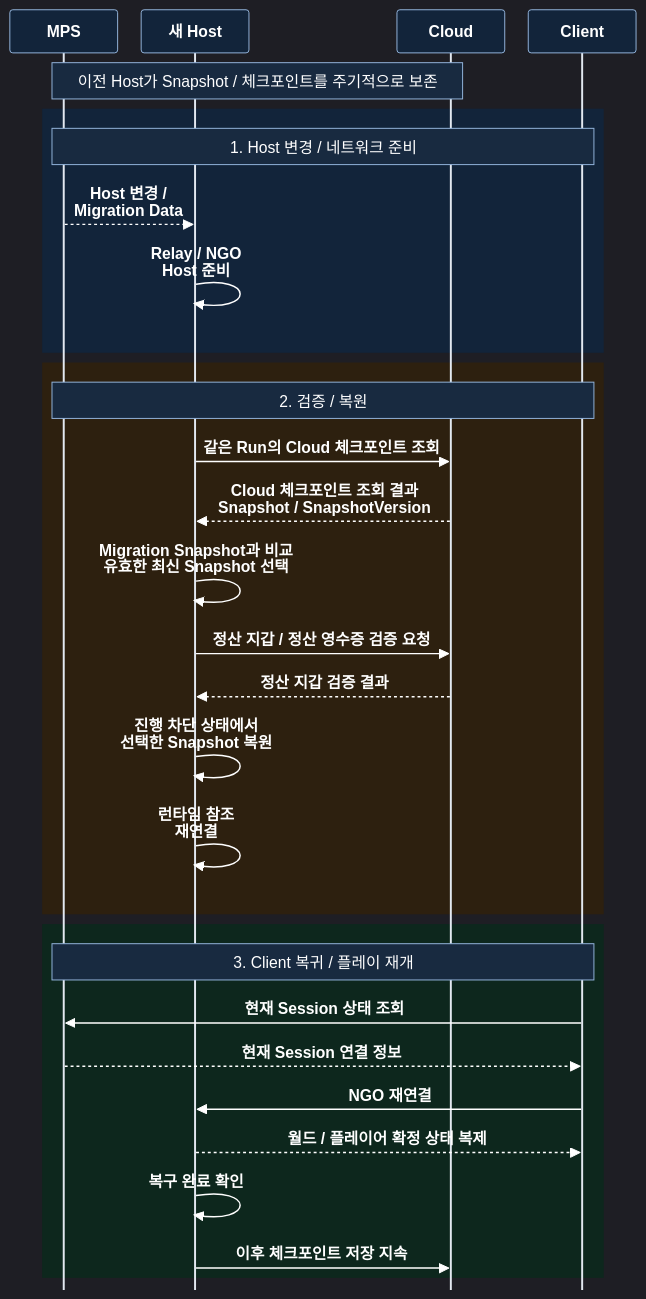
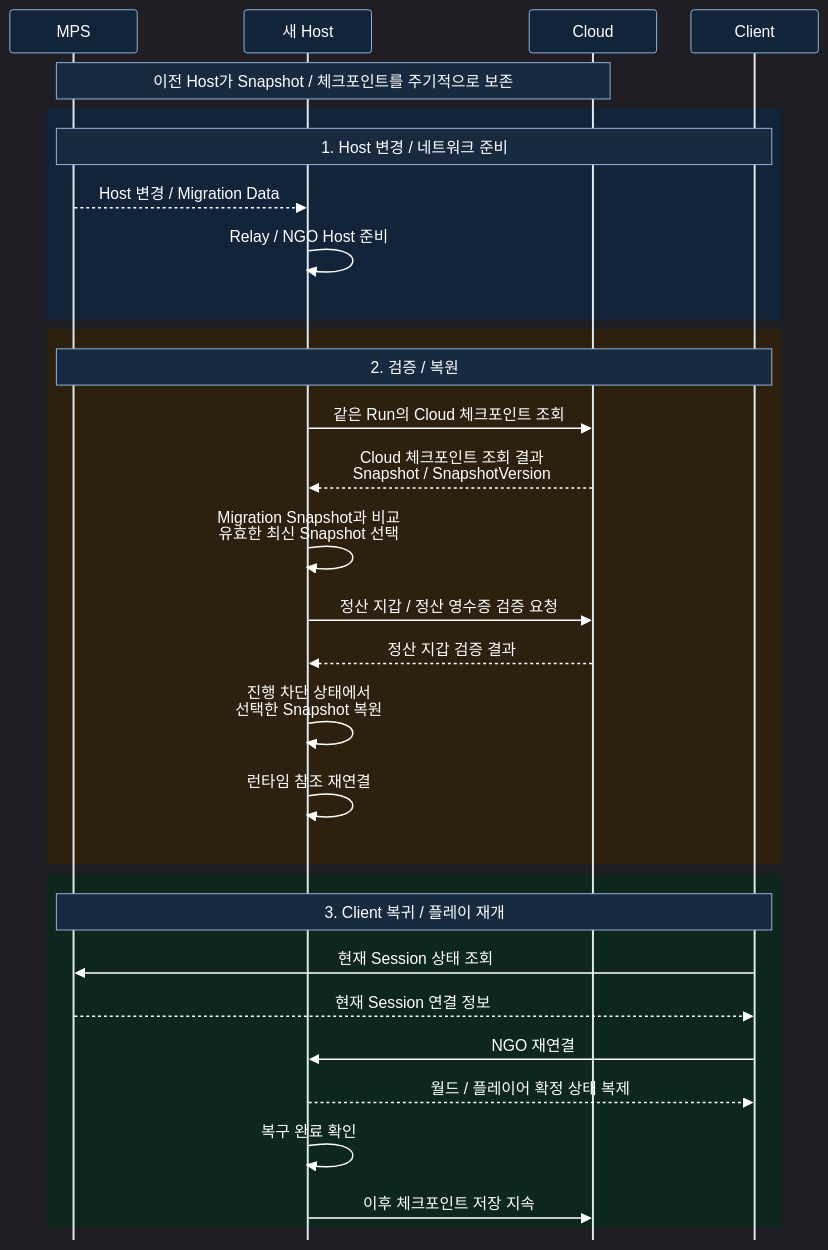
Before and after one commit to theholmes2/EchoZone: the ninth of 9 diagrams in README.md, drawn with Mermaid. The commit also changed other lines of this file, not shown here.

Commit message:
문서: README Mermaid 글꼴과 흐름 배치 가독성 개선

````diff
--- a/README.md
+++ b/README.md
@@ -302,33 +336,33 @@
 ```mermaid
-%%{init: {"theme":"dark","themeVariables":{"fontSize":"20px","fontFamily":"sans-serif","primaryColor":"#1E3553","primaryTextColor":"#F8FAFC","primaryBorderColor":"#93B4DB","lineColor":"#DCE6F5","secondaryColor":"#183C30","tertiaryColor":"#49371D","clusterBkg":"#1E3553","clusterBorder":"#93B4DB","actorBkg":"#12243A","actorBorder":"#93B4DB","actorTextColor":"#FFFFFF","signalColor":"#FFFFFF","signalTextColor":"#FFFFFF","labelBoxBkgColor":"#49371D","labelBoxBorderColor":"#D9B66F","labelTextColor":"#FFFFFF","loopTextColor":"#FFFFFF","noteBkgColor":"#182A40","noteTextColor":"#FFFFFF","noteBorderColor":"#93B4DB","textColor":"#FFFFFF","titleColor":"#FFFFFF","secondaryTextColor":"#F8FAFC","tertiaryTextColor":"#F8FAFC","edgeLabelBackground":"#111827","nodeTextColor":"#F8FAFC","actorLineColor":"#E2E8F0","activationBorderColor":"#CBD5E1","activationBkgColor":"#25354B","darkMode":true,"background":"#111827"},"flowchart":{"nodeSpacing":22,"rankSpacing":28,"padding":12},"sequence":{"actorMargin":24,"width":110,"height":44,"diagramMarginX":8,"diagramMarginY":12,"messageMargin":32,"mirrorActors":false,"wrap":true,"actorFontSize":20,"messageFontSize":20,"noteFontSize":19,"actorFontWeight":700,"messageFontWeight":600,"noteFontWeight":700},"darkMode":true,"themeCSS":"text, tspan { fill: #FFFFFF !important; font-weight: 600 !important; } .messageText, .noteText, .labelText, .loopText { fill: #FFFFFF !important; color: #FFFFFF !important; font-weight: 600 !important; } .messageLine0, .messageLine1 { stroke: #FFFFFF !important; stroke-width: 2.5px !important; } .actor-line { stroke: #CBD5E1 !important; stroke-width: 1.5px !important; } marker path { fill: #FFFFFF !important; stroke: #FFFFFF !important; } .note, .labelBox { stroke: #AFC7E8 !important; stroke-width: 1.5px !important; }"}}%%
+%%{init: {"theme":"dark","themeVariables":{"fontSize":"18px","fontFamily":"Arial, Malgun Gothic, sans-serif","primaryColor":"#1E3553","primaryTextColor":"#F8FAFC","primaryBorderColor":"#93B4DB","lineColor":"#DCE6F5","secondaryColor":"#183C30","tertiaryColor":"#49371D","clusterBkg":"#1E3553","clusterBorder":"#93B4DB","actorBkg":"#12243A","actorBorder":"#93B4DB","actorTextColor":"#FFFFFF","signalColor":"#FFFFFF","signalTextColor":"#FFFFFF","labelBoxBkgColor":"#49371D","labelBoxBorderColor":"#D9B66F","labelTextColor":"#FFFFFF","loopTextColor":"#FFFFFF","noteBkgColor":"#182A40","noteTextColor":"#FFFFFF","noteBorderColor":"#93B4DB","textColor":"#FFFFFF","titleColor":"#FFFFFF","secondaryTextColor":"#F8FAFC","tertiaryTextColor":"#F8FAFC","edgeLabelBackground":"#111827","nodeTextColor":"#F8FAFC","actorLineColor":"#E2E8F0","activationBorderColor":"#CBD5E1","activationBkgColor":"#25354B","darkMode":true,"background":"#111827"},"flowchart":{"nodeSpacing":22,"rankSpacing":28,"padding":18,"htmlLabels":false,"wrappingWidth":360,"subGraphTitleMargin":{"top":8,"bottom":18}},"sequence":{"actorMargin":35,"width":130,"height":44,"diagramMarginX":8,"diagramMarginY":12,"messageMargin":30,"mirrorActors":false,"wrap":false,"actorFontSize":18,"messageFontSize":18,"noteFontSize":18,"actorFontWeight":400,"messageFontWeight":400,"noteFontWeight":400},"darkMode":true,"themeCSS":"text, tspan { fill: #FFFFFF !important; } .messageText, .noteText, .labelText, .loopText { fill: #FFFFFF !important; color: #FFFFFF !important; } .messageLine0, .messageLine1 { stroke: #FFFFFF !important; stroke-width: 2.5px !important; } .actor-line { stroke: #CBD5E1 !important; stroke-width: 1.5px !important; } marker path { fill: #FFFFFF !important; stroke: #FFFFFF !important; } .note, .labelBox { stroke: #AFC7E8 !important; stroke-width: 1.5px !important; }","fontFamily":"Arial, Malgun Gothic, sans-serif"}}%%
 sequenceDiagram
     participant S as MPS
     participant H as 새 Host
     participant D as Cloud
     participant C as Client
     Note over S,D: 이전 Host가 Snapshot / 체크포인트를 주기적으로 보존
     rect rgb(18, 36, 58)
         Note over S,C: 1. Host 변경 / 네트워크 준비
         S-->>H: Host 변경 / Migration Data
         H->>H: Relay / NGO Host 준비
     end
     rect rgb(45, 32, 15)
         Note over S,C: 2. 검증 / 복원
         H->>D: 같은 Run의 Cloud 체크포인트 조회
         D-->>H: Cloud 체크포인트 조회 결과<br/>Snapshot / SnapshotVersion
         H->>H: Migration Snapshot과 비교<br/>유효한 최신 Snapshot 선택
         H->>D: 정산 지갑 / 정산 영수증 검증 요청
         D-->>H: 정산 지갑 검증 결과
         H->>H: 진행 차단 상태에서<br/>선택한 Snapshot 복원
         H->>H: 런타임 참조 재연결
     end
     rect rgb(13, 39, 29)
         Note over S,C: 3. Client 복귀 / 플레이 재개
         C->>S: 현재 Session 상태 조회
         S-->>C: 현재 Session 연결 정보
         C->>H: NGO 재연결
         H-->>C: 월드 / 플레이어 확정 상태 복제
         H->>H: 복구 완료 확인
         H->>D: 이후 체크포인트 저장 지속
     end
 ```
````
